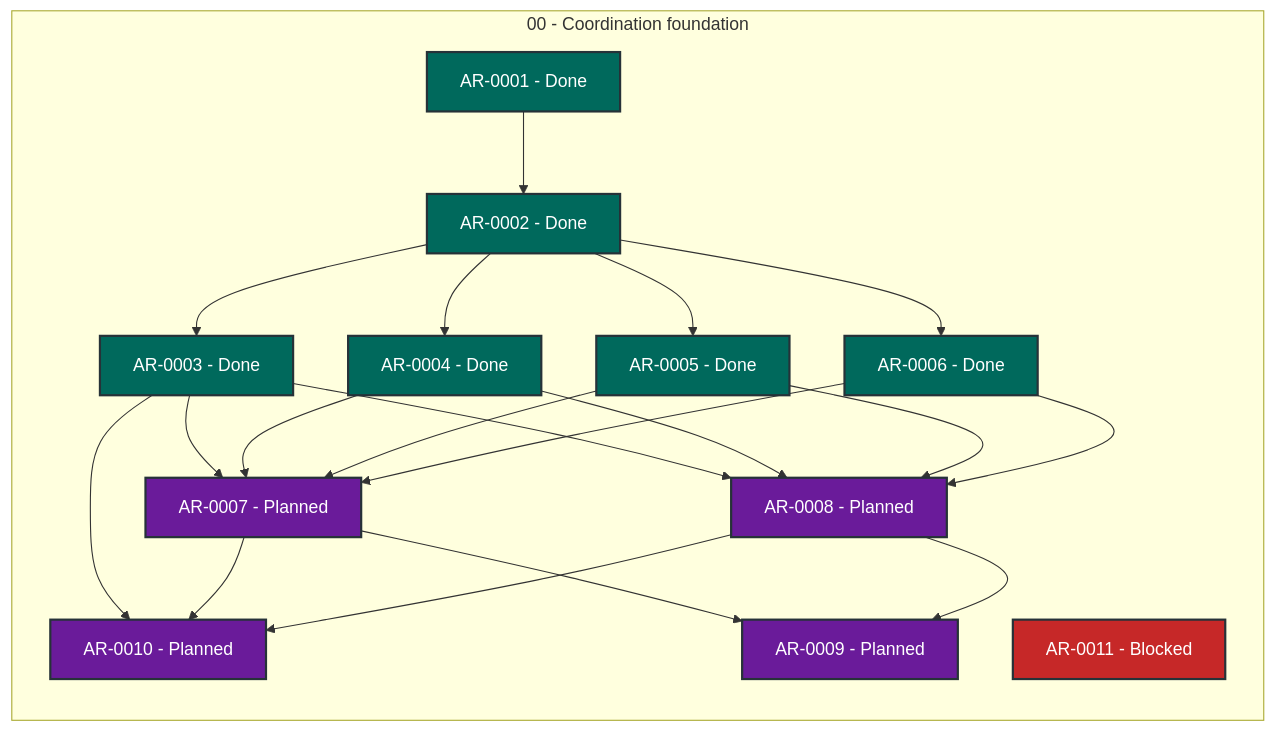
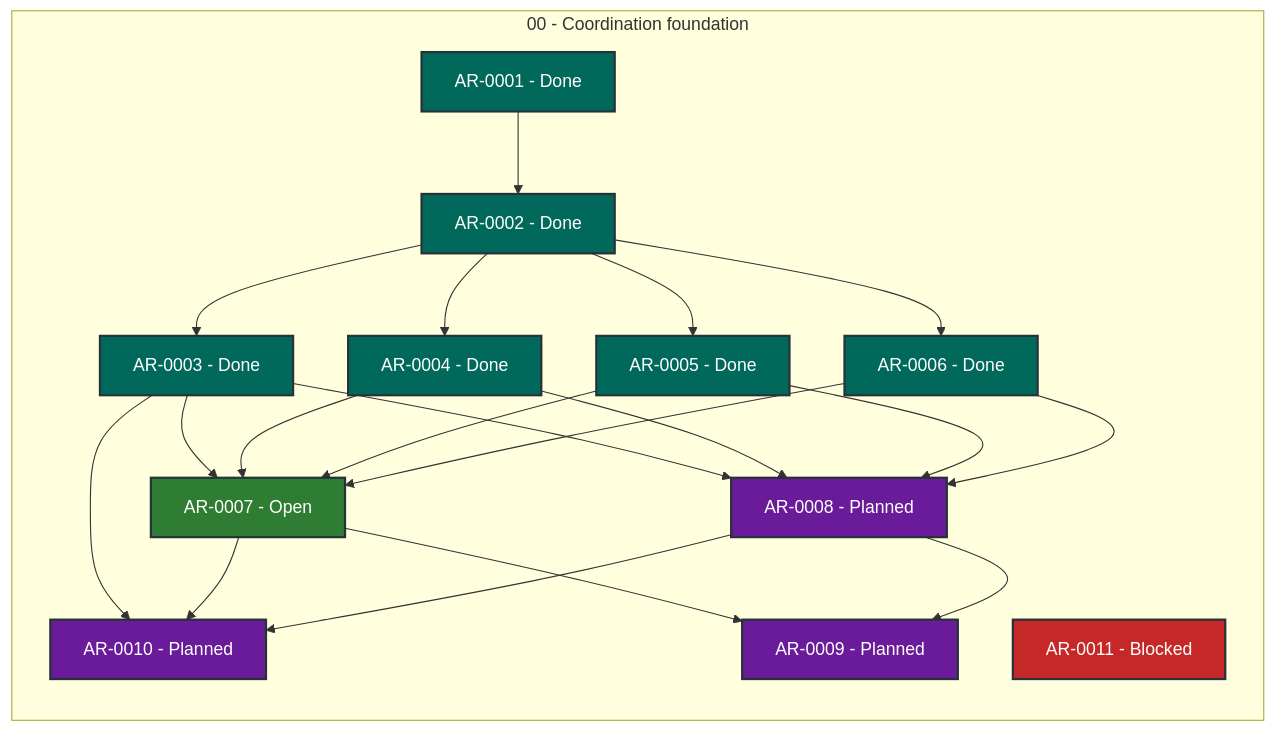
The diagram in STATUS.md (martin-beck/agent-workflow-coordinator-state), drawn with Mermaid before and after one commit. The commit also changed other lines of this file and 2 other files, not shown here.

````diff
--- a/STATUS.md
+++ b/STATUS.md
@@ -27,43 +27,43 @@
 ```mermaid
 flowchart LR
     subgraph series_00["00 - Coordination foundation"]
         direction TB
         AR_0001["AR-0001 - Done"]:::status_done
         AR_0002["AR-0002 - Done"]:::status_done
         AR_0003["AR-0003 - Done"]:::status_done
         AR_0004["AR-0004 - Done"]:::status_done
         AR_0005["AR-0005 - Done"]:::status_done
         AR_0006["AR-0006 - Done"]:::status_done
-        AR_0007["AR-0007 - Planned"]:::status_planned
+        AR_0007["AR-0007 - Open"]:::status_open
         AR_0008["AR-0008 - Planned"]:::status_planned
         AR_0009["AR-0009 - Planned"]:::status_planned
         AR_0010["AR-0010 - Planned"]:::status_planned
         AR_0011["AR-0011 - Blocked"]:::status_blocked
     end
     AR_0001 --> AR_0002
     AR_0002 --> AR_0003
     AR_0002 --> AR_0004
     AR_0002 --> AR_0005
     AR_0002 --> AR_0006
     AR_0003 --> AR_0007
     AR_0003 --> AR_0008
     AR_0003 --> AR_0010
     AR_0004 --> AR_0007
     AR_0004 --> AR_0008
     AR_0005 --> AR_0007
     AR_0005 --> AR_0008
     AR_0006 --> AR_0007
     AR_0006 --> AR_0008
     AR_0007 --> AR_0009
     AR_0007 --> AR_0010
     AR_0008 --> AR_0009
     AR_0008 --> AR_0010
     classDef status_in_progress fill:#1565c0,color:#ffffff,stroke:#263238,stroke-width:2px
     classDef status_open fill:#2e7d32,color:#ffffff,stroke:#263238,stroke-width:2px
     classDef status_blocked fill:#c62828,color:#ffffff,stroke:#263238,stroke-width:2px
     classDef status_planned fill:#6a1b9a,color:#ffffff,stroke:#263238,stroke-width:2px
     classDef status_future fill:#455a64,color:#ffffff,stroke:#263238,stroke-width:2px
     classDef status_done fill:#00695c,color:#ffffff,stroke:#263238,stroke-width:2px
     classDef status_cancelled fill:#616161,color:#ffffff,stroke:#263238,stroke-width:2px
     classDef status_superseded fill:#5d4037,color:#ffffff,stroke:#263238,stroke-width:2px
 ```
````
